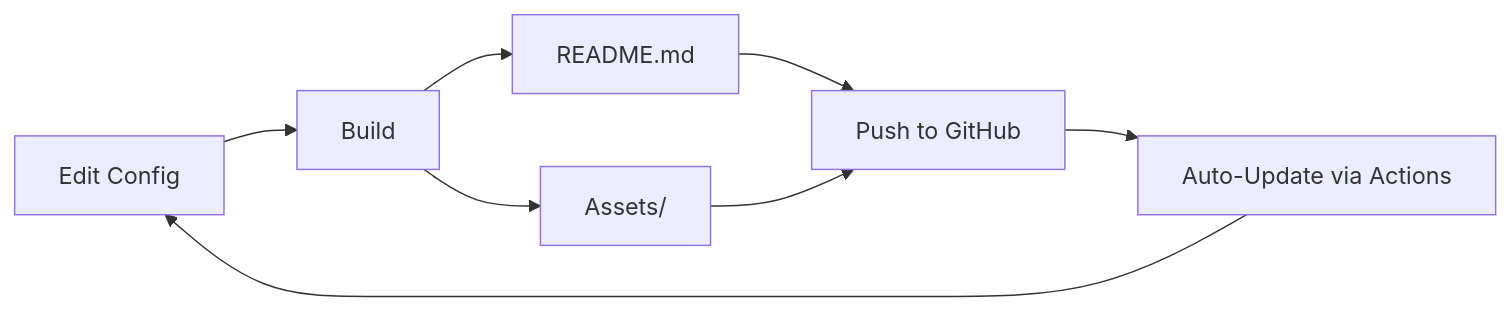
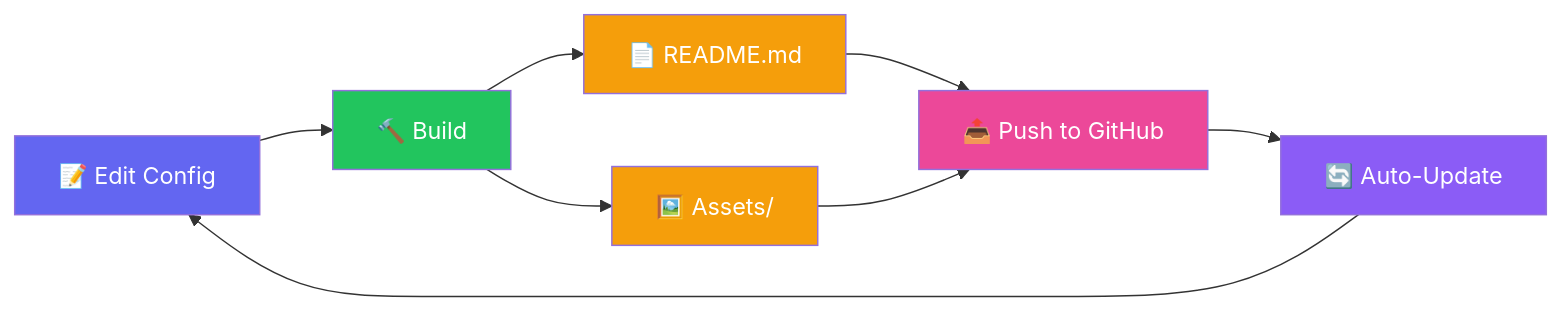
The diagram in README.md (NagusameCS/doccc), drawn with Mermaid before and after one commit. The commit also changed other lines of this file and 2 other files, not shown here.

````diff
--- a/README.md
+++ b/README.md
@@ -299,10 +564,17 @@
 ```mermaid
 graph LR
-    A[Edit Config] --> B[Build]
-    B --> C[README.md]
-    B --> D[Assets/]
-    C --> E[Push to GitHub]
+    A[📝 Edit Config] --> B[🔨 Build]
+    B --> C[📄 README.md]
+    B --> D[🖼️ Assets/]
+    C --> E[📤 Push to GitHub]
     D --> E
-    E --> F[Auto-Update via Actions]
+    E --> F[🔄 Auto-Update]
     F --> A
+    
+    style A fill:#6366f1,color:#fff
+    style B fill:#22c55e,color:#fff
+    style C fill:#f59e0b,color:#fff
+    style D fill:#f59e0b,color:#fff
+    style E fill:#ec4899,color:#fff
+    style F fill:#8b5cf6,color:#fff
 ```
````
